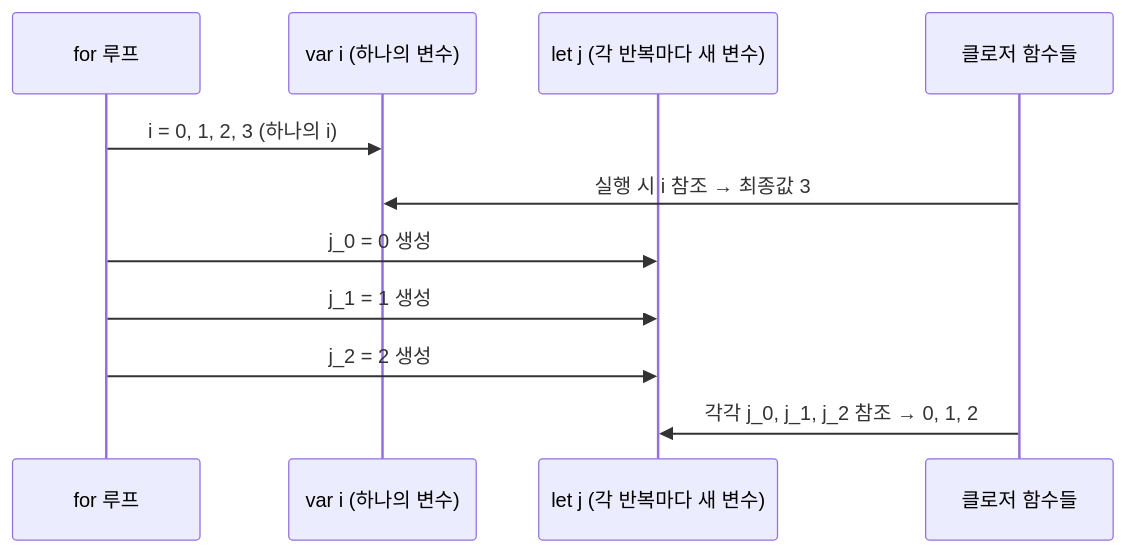
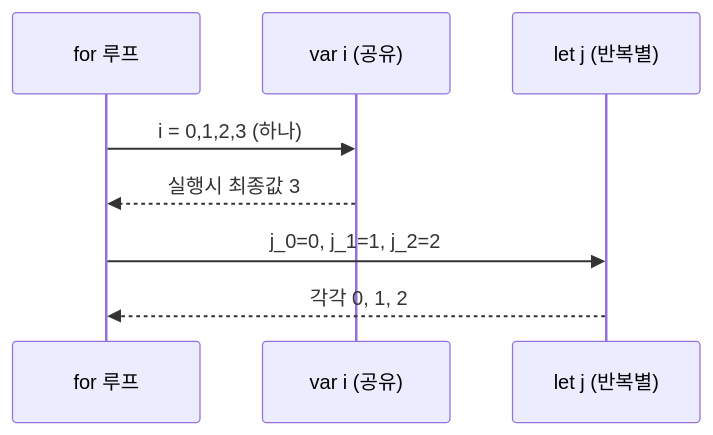
Before and after one commit to yjkim2015/yjkim2015.github.io: the sixth of 9 diagrams in _posts/frontend/2026-05-02-js-var-let-const.md, drawn with Mermaid. The commit also changed other lines of this file and 155 other files, not shown here.

First line of the commit message:
Mermaid 전면 수정: subgraph 제거, participant/노드/줄수 축소 (342블록)

````diff
--- a/_posts/frontend/2026-05-02-js-var-let-const.md
+++ b/_posts/frontend/2026-05-02-js-var-let-const.md
@@ -291,13 +285,10 @@
 ```mermaid
 sequenceDiagram
     participant FOR as for 루프
-    participant VAR_I as var i (하나의 변수)
-    participant LET_J as let j (각 반복마다 새 변수)
-    participant FN as 클로저 함수들
-    FOR->>VAR_I: i = 0, 1, 2, 3 (하나의 i)
-    FN->>VAR_I: 실행 시 i 참조 → 최종값 3
-    FOR->>LET_J: j_0 = 0 생성
-    FOR->>LET_J: j_1 = 1 생성
-    FOR->>LET_J: j_2 = 2 생성
-    FN->>LET_J: 각각 j_0, j_1, j_2 참조 → 0, 1, 2
+    participant VAR_I as var i (공유)
+    participant LET_J as let j (반복별)
+    FOR->>VAR_I: i = 0,1,2,3 (하나)
+    VAR_I-->>FOR: 실행시 최종값 3
+    FOR->>LET_J: j_0=0, j_1=1, j_2=2
+    LET_J-->>FOR: 각각 0, 1, 2
 ```
````
